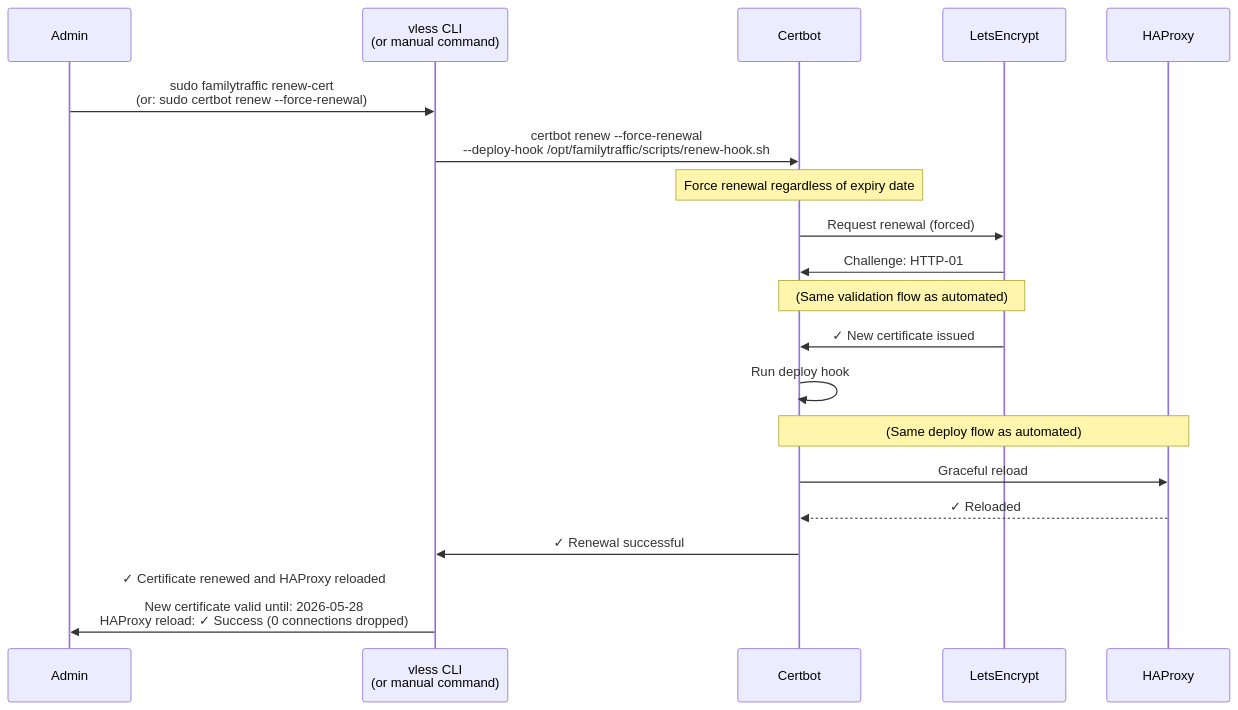
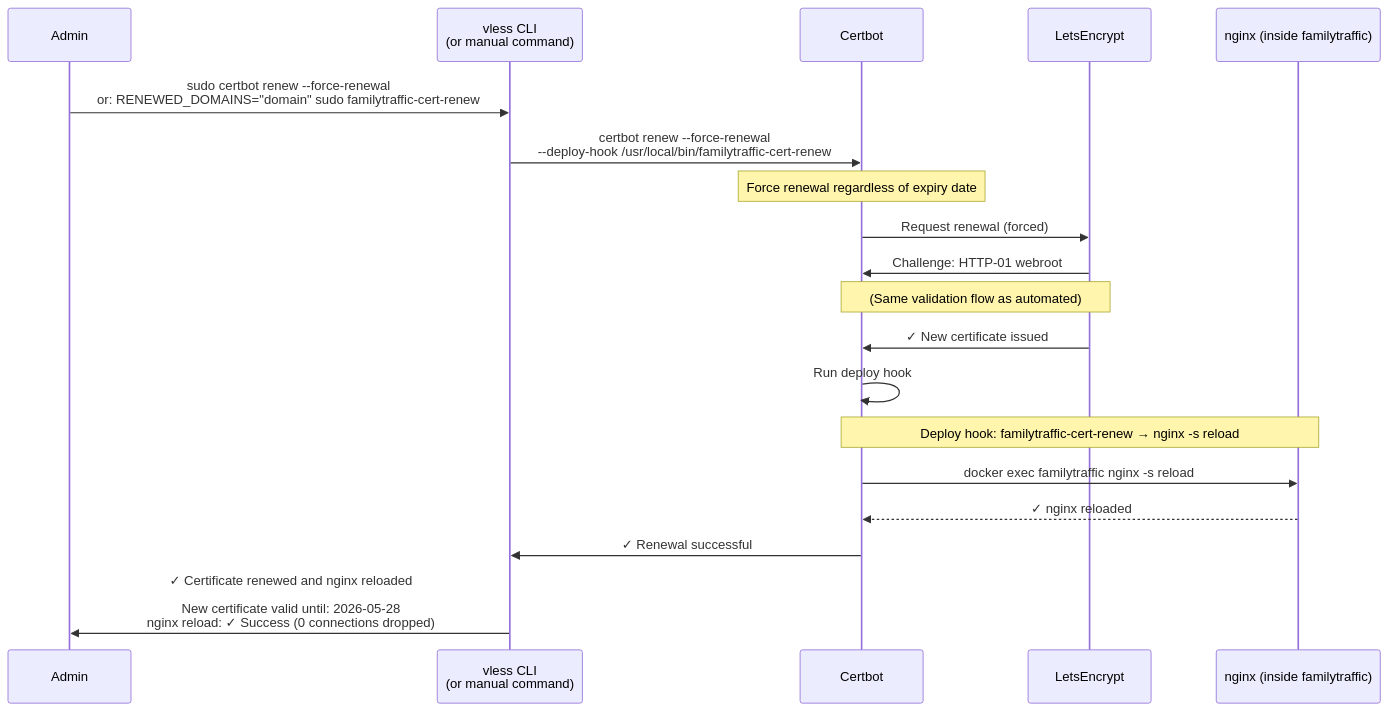
The second of 8 diagrams in docs/architecture/diagrams/sequences/cert-renewal.md (ikeniborn/vless), drawn with Mermaid before and after one commit. The commit also changed other lines of this file and 24 other files, not shown here.

First line of the commit message:
refactor(docs+scripts): replace vless project references with familytraffic, update to v5.33 arch

````diff
--- a/docs/architecture/diagrams/sequences/cert-renewal.md
+++ b/docs/architecture/diagrams/sequences/cert-renewal.md
@@ -109,33 +100,33 @@
 ```mermaid
 sequenceDiagram
     participant Admin
     participant CLI as vless CLI<br/>(or manual command)
     participant Certbot
     participant LetsEncrypt
-    participant HAProxy
+    participant Nginx as nginx (inside familytraffic)
 
-    Admin->>CLI: sudo familytraffic renew-cert<br/>(or: sudo certbot renew --force-renewal)
+    Admin->>CLI: sudo certbot renew --force-renewal<br/>or: RENEWED_DOMAINS="domain" sudo familytraffic-cert-renew
 
-    CLI->>Certbot: certbot renew --force-renewal<br/>--deploy-hook /opt/familytraffic/scripts/renew-hook.sh
+    CLI->>Certbot: certbot renew --force-renewal<br/>--deploy-hook /usr/local/bin/familytraffic-cert-renew
 
     Note over Certbot: Force renewal regardless of expiry date
 
     Certbot->>LetsEncrypt: Request renewal (forced)
-    LetsEncrypt->>Certbot: Challenge: HTTP-01
+    LetsEncrypt->>Certbot: Challenge: HTTP-01 webroot
 
     Note over Certbot,LetsEncrypt: (Same validation flow as automated)
 
     LetsEncrypt->>Certbot: ✓ New certificate issued
 
     Certbot->>Certbot: Run deploy hook
 
-    Note over Certbot,HAProxy: (Same deploy flow as automated)
+    Note over Certbot,Nginx: Deploy hook: familytraffic-cert-renew → nginx -s reload
 
-    Certbot->>HAProxy: Graceful reload
+    Certbot->>Nginx: docker exec familytraffic nginx -s reload
 
-    HAProxy-->>Certbot: ✓ Reloaded
+    Nginx-->>Certbot: ✓ nginx reloaded
 
     Certbot->>CLI: ✓ Renewal successful
 
-    CLI->>Admin: ✓ Certificate renewed and HAProxy reloaded<br/><br/>New certificate valid until: 2026-05-28<br/>HAProxy reload: ✓ Success (0 connections dropped)
+    CLI->>Admin: ✓ Certificate renewed and nginx reloaded<br/><br/>New certificate valid until: 2026-05-28<br/>nginx reload: ✓ Success (0 connections dropped)
 ```
````
